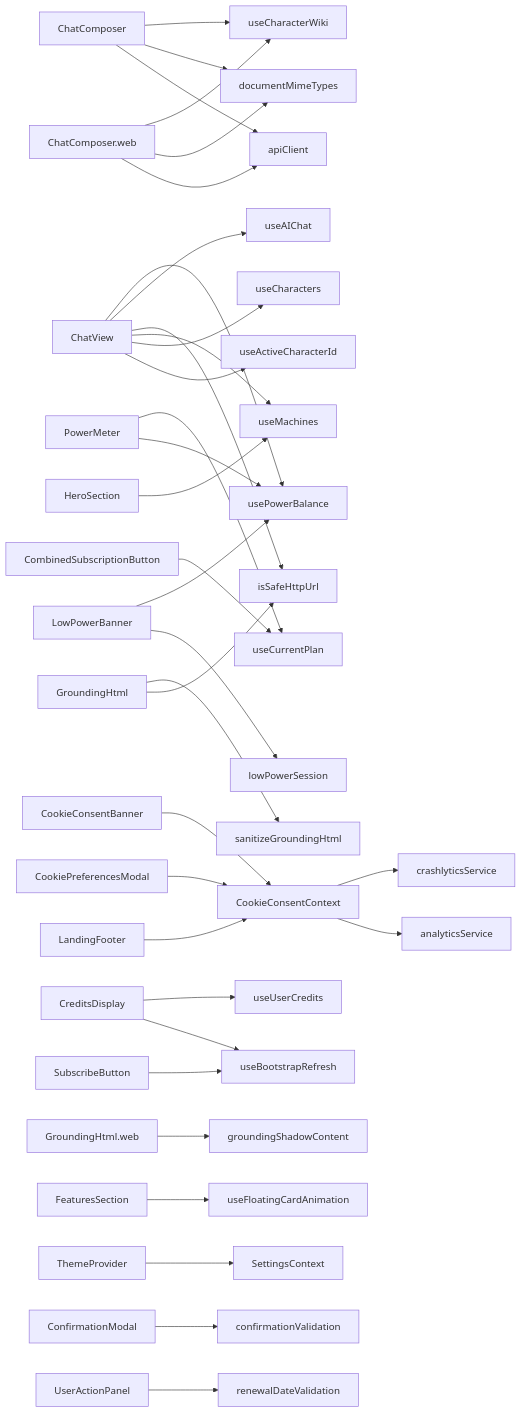
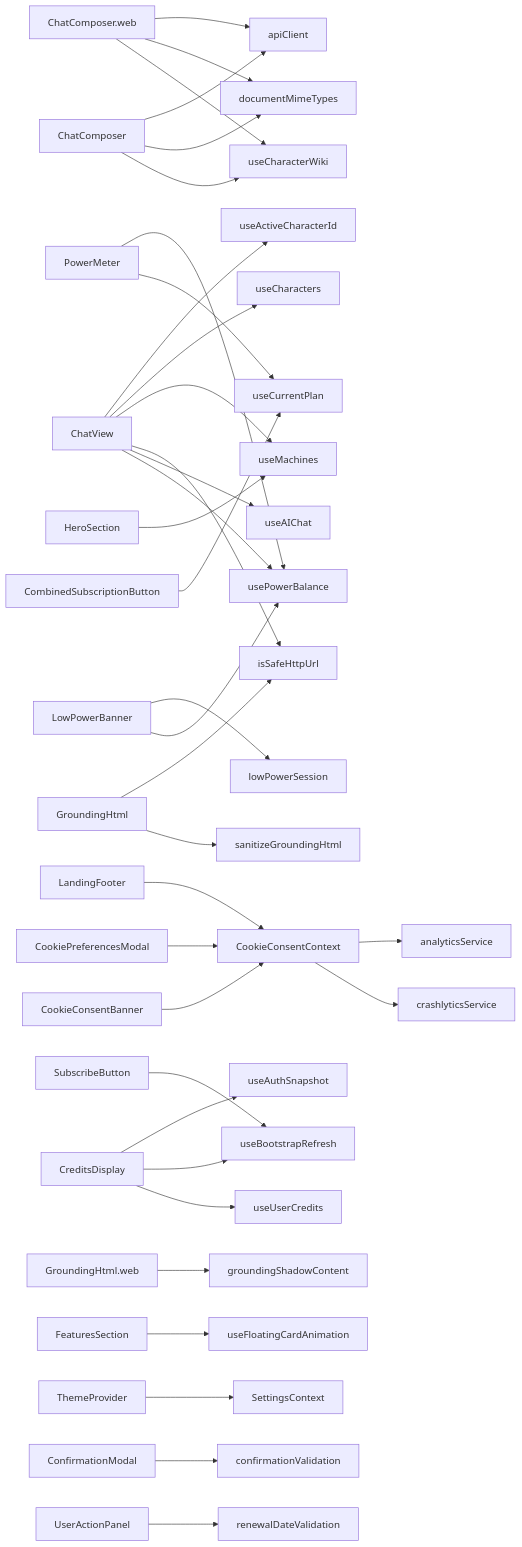
The diagram in docs/flowcharts/COMPONENTS.md (equationalapplications/clanker), drawn with Mermaid before and after one commit. The commit also changed 8 other files, not shown here.

````diff
--- a/docs/flowcharts/COMPONENTS.md
+++ b/docs/flowcharts/COMPONENTS.md
@@ -4,36 +4,37 @@
 ```mermaid
 graph LR
   ChatComposer --> useCharacterWiki
   ChatComposer --> documentMimeTypes
   ChatComposer --> apiClient
   ChatComposer.web --> useCharacterWiki
   ChatComposer.web --> documentMimeTypes
   ChatComposer.web --> apiClient
   ChatView --> usePowerBalance
   ChatView --> useAIChat
   ChatView --> isSafeHttpUrl
   ChatView --> useMachines
   ChatView --> useCharacters
   ChatView --> useActiveCharacterId
   CombinedSubscriptionButton --> useCurrentPlan
   CookieConsentBanner --> CookieConsentContext
   CookieConsentContext --> crashlyticsService
   CookieConsentContext --> analyticsService
   CookiePreferencesModal --> CookieConsentContext
   CreditsDisplay --> useUserCredits
   CreditsDisplay --> useBootstrapRefresh
+  CreditsDisplay --> useAuthSnapshot
   GroundingHtml --> sanitizeGroundingHtml
   GroundingHtml --> isSafeHttpUrl
   GroundingHtml.web --> groundingShadowContent
   FeaturesSection --> useFloatingCardAnimation
   HeroSection --> useMachines
   LandingFooter --> CookieConsentContext
   LowPowerBanner --> usePowerBalance
   LowPowerBanner --> lowPowerSession
   PowerMeter --> useCurrentPlan
   PowerMeter --> usePowerBalance
   SubscribeButton --> useBootstrapRefresh
   ThemeProvider --> SettingsContext
   ConfirmationModal --> confirmationValidation
   UserActionPanel --> renewalDateValidation
 ```
````
